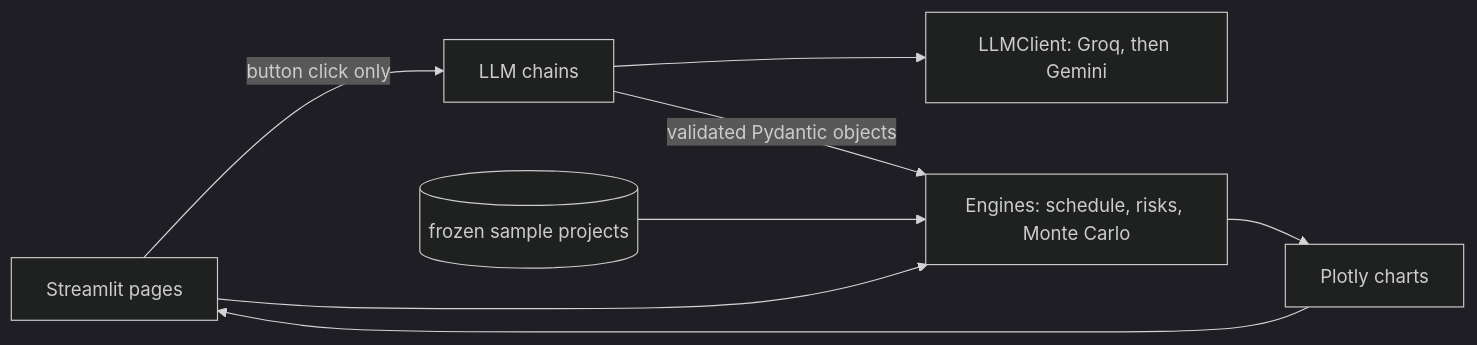
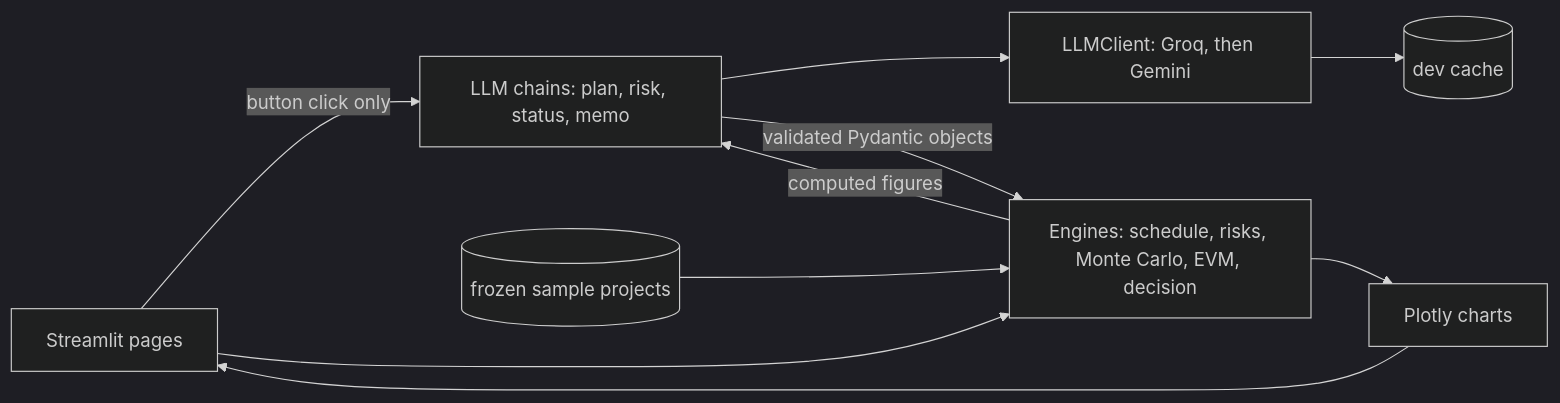
One commit to krishsarkarofficial/planpilot-ai changed the diagram in README.md. Above: the diagram before and after it, drawn with Mermaid (dark theme). The commit also changed other lines of this file and 3 other files, not shown here.

Commit message:
P10: README, tour GIF and updated architecture diagram

````diff
--- a/README.md
+++ b/README.md
@@ -50,10 +88,12 @@
 ```mermaid
 flowchart LR
-  UI[Streamlit pages] -->|button click only| CH[LLM chains]
+  UI[Streamlit pages] -->|button click only| CH[LLM chains: plan, risk, status, memo]
   CH --> LC[LLMClient: Groq, then Gemini]
-  CH -->|validated Pydantic objects| ENG[Engines: schedule, risks, Monte Carlo]
+  LC --> CA[(dev cache)]
+  CH -->|validated Pydantic objects| ENG[Engines: schedule, risks, Monte Carlo, EVM, decision]
   FZ[(frozen sample projects)] --> ENG
   UI --> ENG
+  ENG -->|computed figures| CH
   ENG --> VIZ[Plotly charts]
   VIZ --> UI
 ```
````
